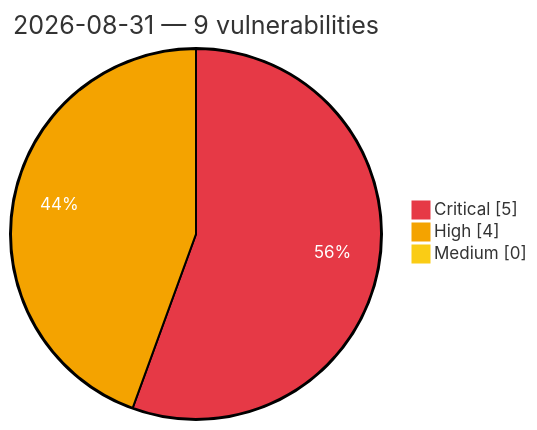
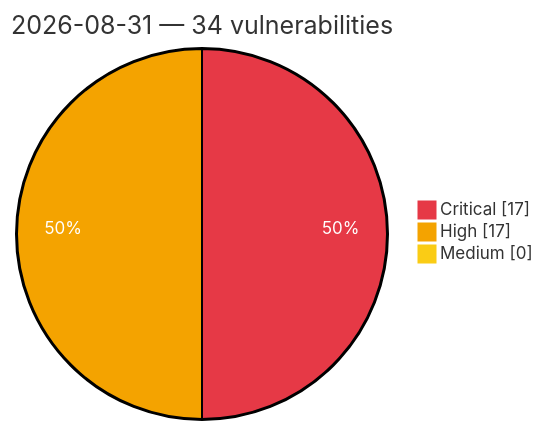
The diagram in vulnerabilities/2026/August/2026-08-31.md (GhostX0X/vuln-tracker), drawn with Mermaid before and after one commit. The commit also changed other lines of this file and 5 other files, not shown here.

Commit message:
Auto update: critical/high vulns (2026-08-31 17:37 UTC)

````diff
--- a/vulnerabilities/2026/August/2026-08-31.md
+++ b/vulnerabilities/2026/August/2026-08-31.md
@@ -3,8 +3,8 @@
 ```mermaid
 %%{init: {'theme':'base', 'themeVariables': {'pie1':'#e63946', 'pie2':'#f4a300', 'pie3':'#facc15', 'pieOpacity':'1', 'pieOuterStrokeWidth':'2px', 'pieSectionTextColor':'#ffffff'}}}%%
 pie showData
-    title 2026-08-31 — 9 vulnerabilities
-    "Critical" : 5
-    "High" : 4
+    title 2026-08-31 — 34 vulnerabilities
+    "Critical" : 17
+    "High" : 17
     "Medium" : 0
 ```
````
